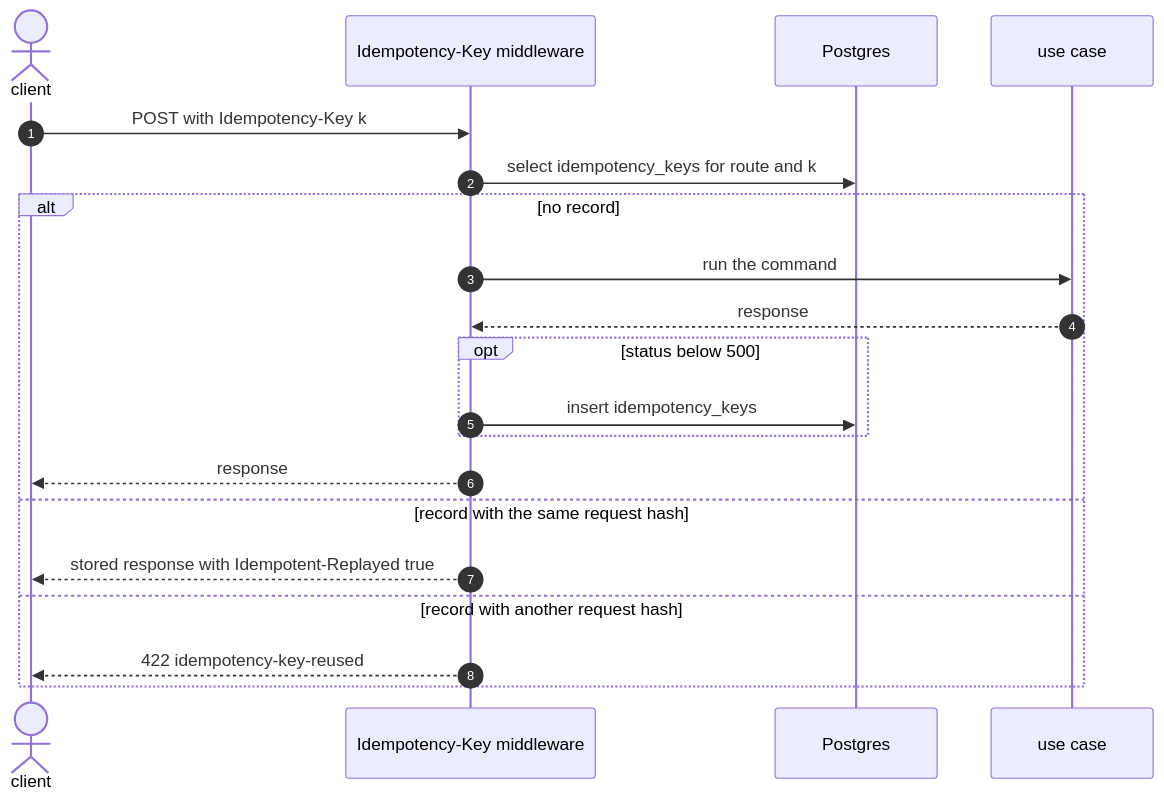
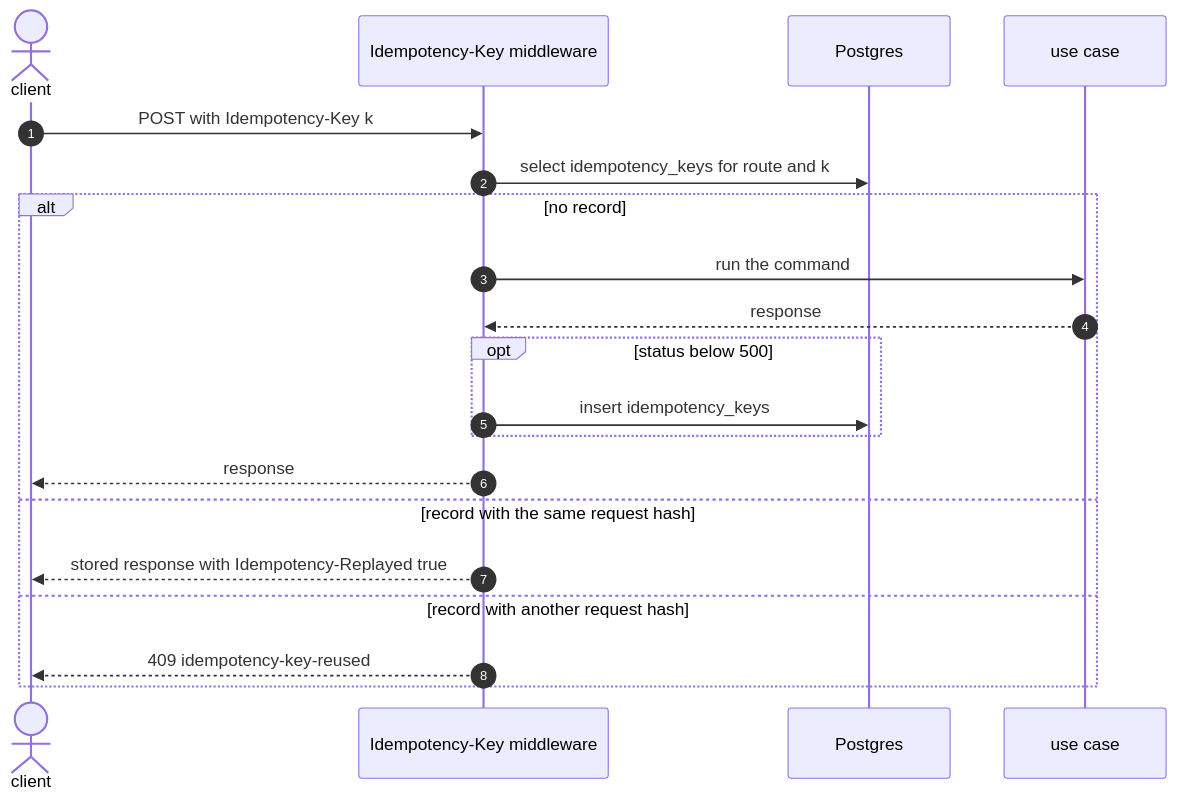
Before and after one commit to IQVO/product-content: the sixth of 6 diagrams in docs/docs/ddd/sequence-diagrams.md, drawn with Mermaid. The commit also changed other lines of this file and 53 other files, not shown here.

````diff
--- a/docs/docs/ddd/sequence-diagrams.md
+++ b/docs/docs/ddd/sequence-diagrams.md
@@ -233,22 +233,22 @@
 ```mermaid
 sequenceDiagram
     autonumber
     actor CM as client
     participant ID as Idempotency-Key middleware
     participant PG as Postgres
     participant UC as use case
     CM->>ID: POST with Idempotency-Key k
     ID->>PG: select idempotency_keys for route and k
     alt no record
         ID->>UC: run the command
         UC-->>ID: response
         opt status below 500
             ID->>PG: insert idempotency_keys
         end
         ID-->>CM: response
     else record with the same request hash
-        ID-->>CM: stored response with Idempotent-Replayed true
+        ID-->>CM: stored response with Idempotency-Replayed true
     else record with another request hash
-        ID-->>CM: 422 idempotency-key-reused
+        ID-->>CM: 409 idempotency-key-reused
     end
 ```
````
